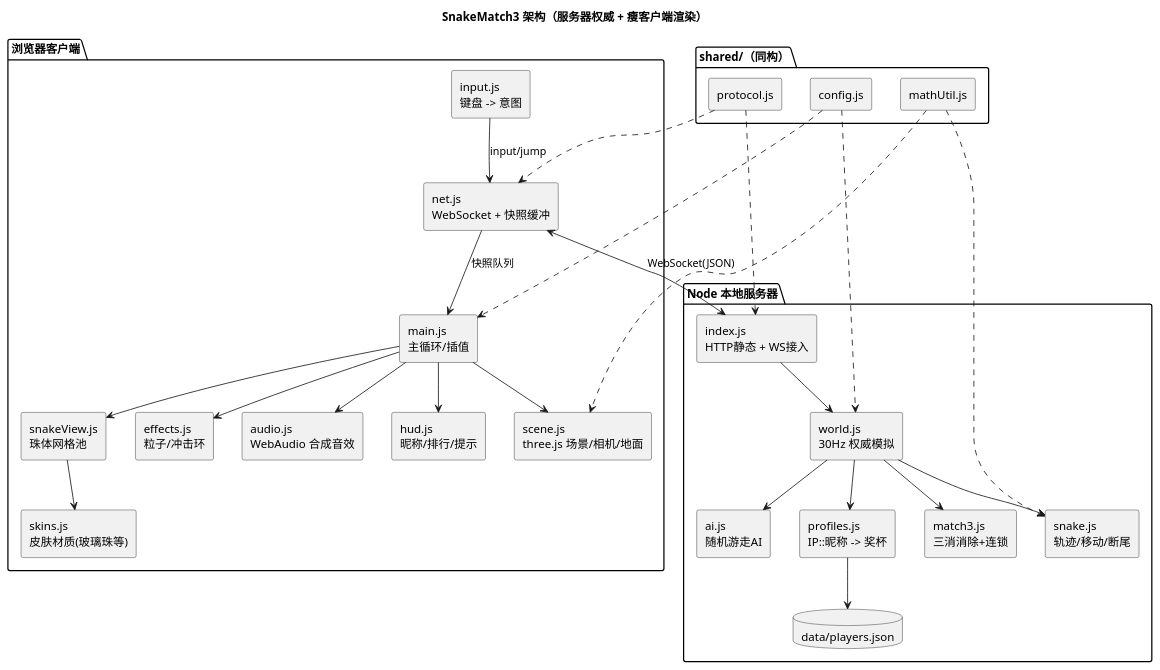
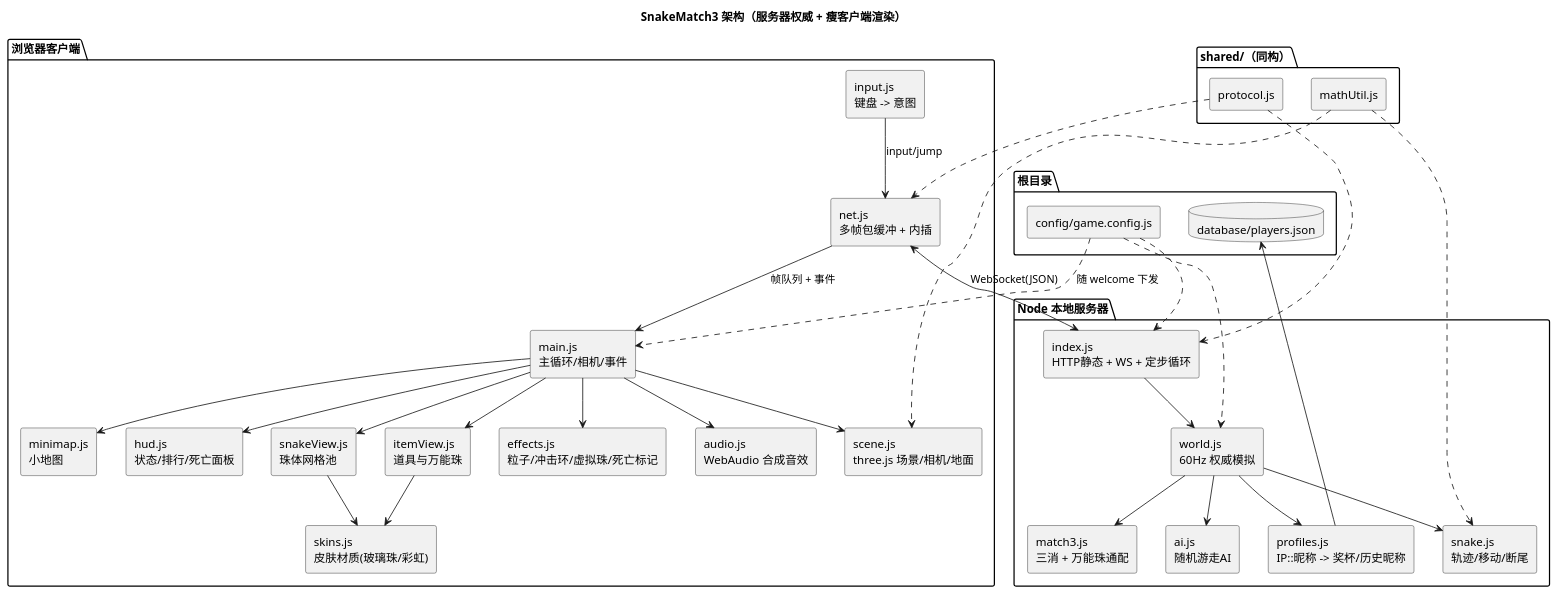
The diagram in docs/arch.puml (crvsrvn/SnakeMatch3), drawn with PlantUML before and after one commit. The commit also changed 9 other files, not shown here.

```diff
--- a/docs/arch.puml
+++ b/docs/arch.puml
@@ -1,56 +1,65 @@
 @startuml arch
 title SnakeMatch3 架构（服务器权威 + 瘦客户端渲染）
 
 skinparam componentStyle rectangle
 skinparam shadowing false
 
 package "浏览器客户端" {
   [input.js\n键盘 -> 意图] as IN
-  [net.js\nWebSocket + 快照缓冲] as NET
-  [main.js\n主循环/插值] as MAIN
+  [net.js\n多帧包缓冲 + 内插] as NET
+  [main.js\n主循环/相机/事件] as MAIN
   [scene.js\nthree.js 场景/相机/地面] as SCENE
   [snakeView.js\n珠体网格池] as SV
-  [skins.js\n皮肤材质(玻璃珠等)] as SKIN
-  [effects.js\n粒子/冲击环] as FX
+  [skins.js\n皮肤材质(玻璃珠/彩虹)] as SKIN
+  [itemView.js\n道具与万能珠] as IV
+  [effects.js\n粒子/冲击环/虚拟珠/死亡标记] as FX
   [audio.js\nWebAudio 合成音效] as AUD
-  [hud.js\n昵称/排行/提示] as HUD
+  [minimap.js\n小地图] as MM
+  [hud.js\n状态/排行/死亡面板] as HUD
 }
 
 package "Node 本地服务器" {
-  [index.js\nHTTP静态 + WS接入] as SRV
-  [world.js\n30Hz 权威模拟] as WORLD
+  [index.js\nHTTP静态 + WS + 定步循环] as SRV
+  [world.js\n60Hz 权威模拟] as WORLD
   [snake.js\n轨迹/移动/断尾] as SNK
-  [match3.js\n三消消除+连锁] as M3
+  [match3.js\n三消 + 万能珠通配] as M3
   [ai.js\n随机游走AI] as AI
-  [profiles.js\nIP::昵称 -> 奖杯] as PROF
-  database "data/players.json" as DB
+  [profiles.js\nIP::昵称 -> 奖杯/历史昵称] as PROF
+}
+
+package "根目录" {
+  [config/game.config.js] as CFG
+  database "database/players.json" as DB
 }
 
 package "shared/（同构）" {
-  [config.js] as CFG
   [protocol.js] as PROTO
   [mathUtil.js] as MU
 }
 
 IN --> NET : input/jump
 NET <--> SRV : WebSocket(JSON)
-NET --> MAIN : 快照队列
+NET --> MAIN : 帧队列 + 事件
 MAIN --> SCENE
 MAIN --> SV
-SV --> SKIN
+MAIN --> IV
 MAIN --> FX
 MAIN --> AUD
+MAIN --> MM
 MAIN --> HUD
+SV --> SKIN
+IV --> SKIN
 SRV --> WORLD
 WORLD --> SNK
 WORLD --> M3
 WORLD --> AI
 WORLD --> PROF
 PROF --> DB
 CFG ..> WORLD
-CFG ..> MAIN
+CFG ..> SRV
+CFG ..> MAIN : 随 welcome 下发
 PROTO ..> NET
 PROTO ..> SRV
 MU ..> SNK
 MU ..> SCENE
 @enduml
```
